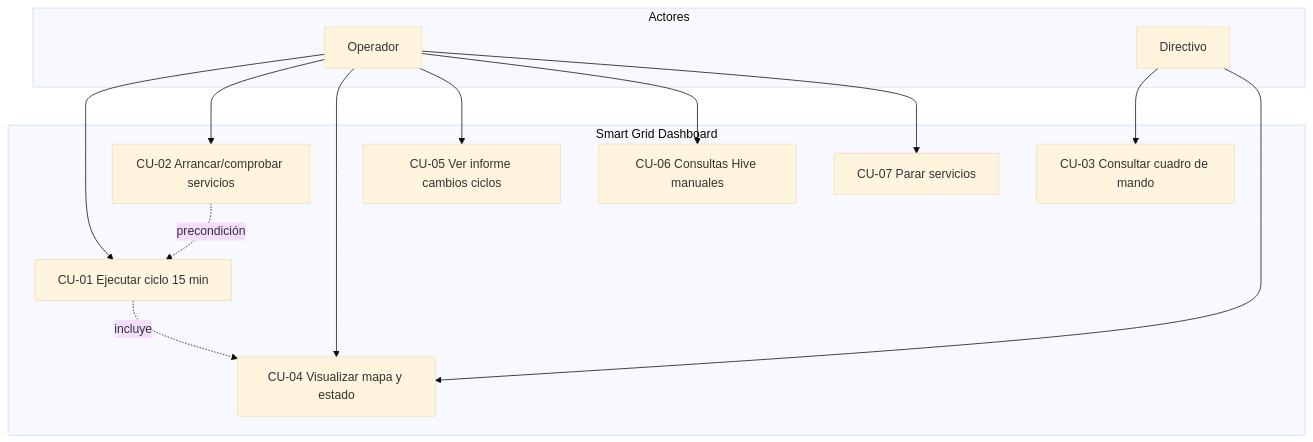
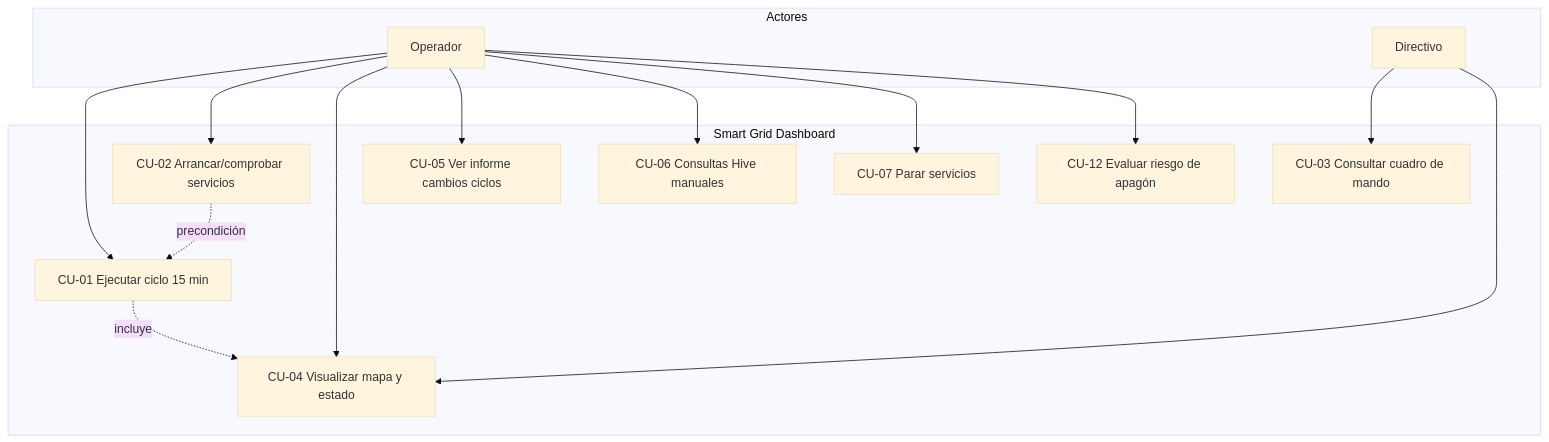
The first of 9 diagrams in docs/DIAGRAMAS_UML.md (gracobjo/smart_energy), drawn with Mermaid (base theme) before and after one commit. The commit also changed other lines of this file, not shown here.

First line of the commit message:
docs: actualizar UML con flujo operativo de riesgo de apagón

````diff
--- a/docs/DIAGRAMAS_UML.md
+++ b/docs/DIAGRAMAS_UML.md
@@ -9,29 +9,31 @@
 ```mermaid
 flowchart TB
     subgraph Actores
         A1[Operador]
         A2[Directivo]
     end
 
     subgraph Sistema["Smart Grid Dashboard"]
         UC1[CU-01 Ejecutar ciclo 15 min]
         UC2[CU-02 Arrancar/comprobar servicios]
         UC3[CU-03 Consultar cuadro de mando]
         UC4[CU-04 Visualizar mapa y estado]
         UC5[CU-05 Ver informe cambios ciclos]
         UC6[CU-06 Consultas Hive manuales]
         UC7[CU-07 Parar servicios]
+        UC12[CU-12 Evaluar riesgo de apagón]
     end
 
     A1 --> UC1
     A1 --> UC2
     A1 --> UC4
     A1 --> UC5
     A1 --> UC6
     A1 --> UC7
+    A1 --> UC12
     A2 --> UC3
     A2 --> UC4
 
     UC1 -.->|incluye| UC4
     UC2 -.->|precondición| UC1
 ```
````
